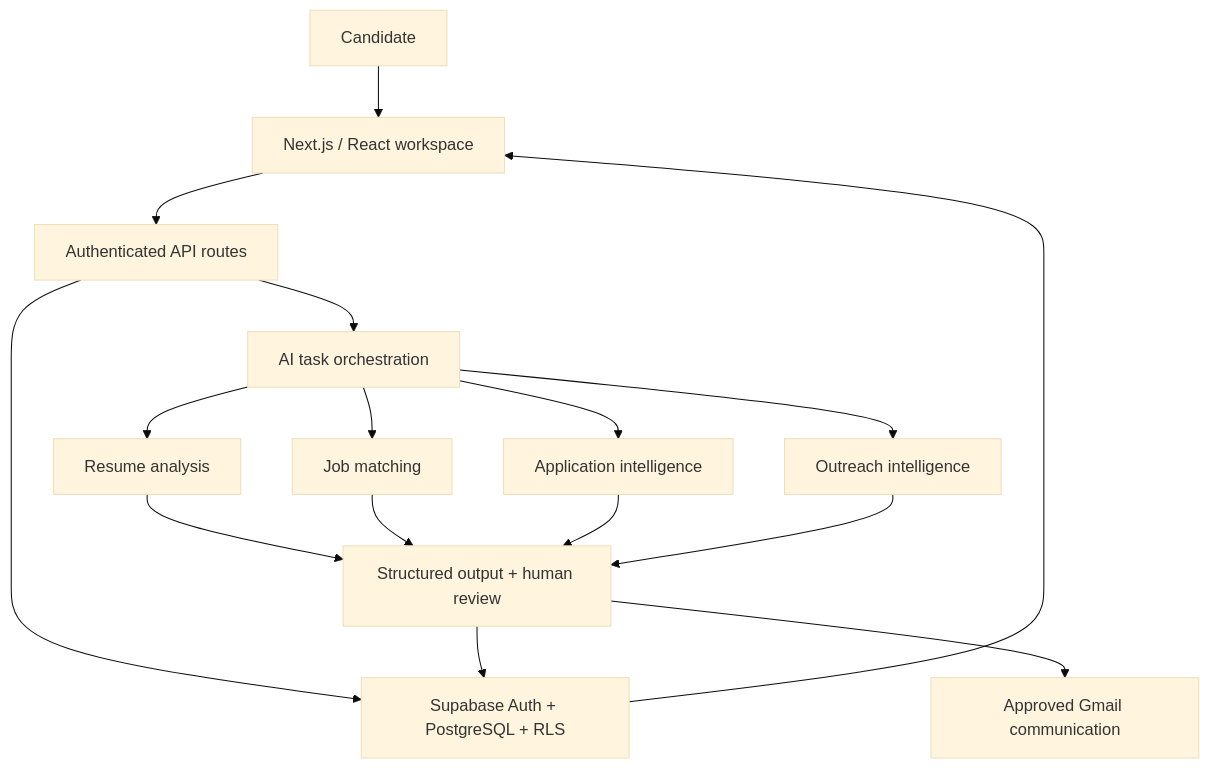
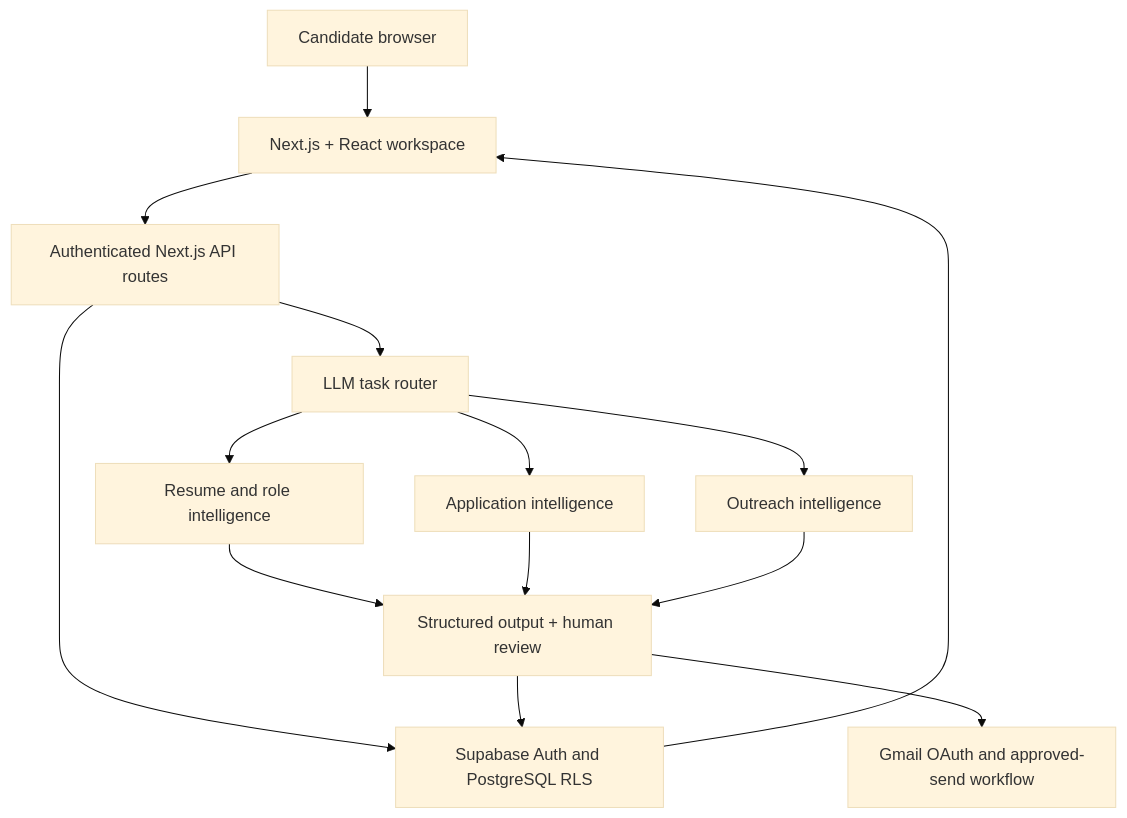
The second of 2 diagrams in README.md (MukundGarg/outreach), drawn with Mermaid (base theme) before and after one commit. The commit also changed other lines of this file, not shown here.

```diff
--- a/README.md
+++ b/README.md
@@ -174,18 +151,16 @@
 ~~~mermaid
 flowchart TD
-    User["Candidate"] --> UI["Next.js / React workspace"]
-    UI --> API["Authenticated API routes"]
-    API --> DB["Supabase Auth + PostgreSQL + RLS"]
-    API --> AI["AI task orchestration"]
-    AI --> Resume["Resume analysis"]
-    AI --> Job["Job matching"]
-    AI --> App["Application intelligence"]
-    AI --> Outreach["Outreach intelligence"]
-    Resume --> Review["Structured output + human review"]
-    Job --> Review
-    App --> Review
-    Outreach --> Review
-    Review --> DB
-    Review --> Email["Approved Gmail communication"]
-    DB --> UI
+    U[Candidate browser] --> FE[Next.js + React workspace]
+    FE --> API[Authenticated Next.js API routes]
+    API --> DB[Supabase Auth and PostgreSQL RLS]
+    API --> AI[LLM task router]
+    AI --> RE[Resume and role intelligence]
+    AI --> AE[Application intelligence]
+    AI --> OE[Outreach intelligence]
+    RE --> HR[Structured output + human review]
+    AE --> HR
+    OE --> HR
+    HR --> DB
+    HR --> GM[Gmail OAuth and approved-send workflow]
+    DB --> FE
 ~~~
```
